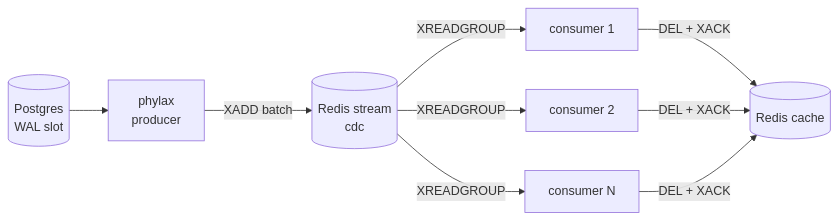
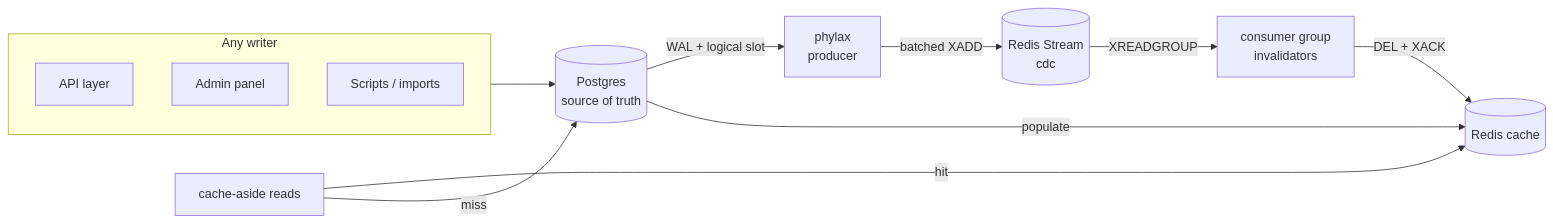
The diagram in README.md (codetesla51/redis-cdc-invalidation), drawn with Mermaid before and after one commit. The commit also changed other lines of this file, not shown here.

Commit message:
docs: simplify architecture diagram

````diff
--- a/README.md
+++ b/README.md
@@ -132,11 +15,18 @@
 ```mermaid
 flowchart LR
-    PG[(Postgres\nWAL slot)] --> PRODUCER[phylax\nproducer]
-    PRODUCER -->|XADD batch| STREAM[(Redis stream\ncdc)]
-    STREAM -->|XREADGROUP| C1[consumer 1]
-    STREAM -->|XREADGROUP| C2[consumer 2]
-    STREAM -->|XREADGROUP| CN[consumer N]
-    C1 -->|DEL + XACK| REDIS[(Redis cache)]
-    C2 -->|DEL + XACK| REDIS
-    CN -->|DEL + XACK| REDIS
+    subgraph Writers["Any writer"]
+        API[API layer]
+        ADMIN[Admin panel]
+        SCRIPT[Scripts / imports]
+    end
+
+    Writers --> PG[(Postgres\nsource of truth)]
+    PG -->|WAL + logical slot| PH[phylax\nproducer]
+    PH -->|batched XADD| STREAM[(Redis Stream\ncdc)]
+    STREAM -->|XREADGROUP| GROUP[consumer group\ninvalidators]
+    GROUP -->|DEL + XACK| REDIS[(Redis cache)]
+
+    READS[cache-aside reads] -->|hit| REDIS
+    READS -->|miss| PG
+    PG -->|populate| REDIS
 ```
````
